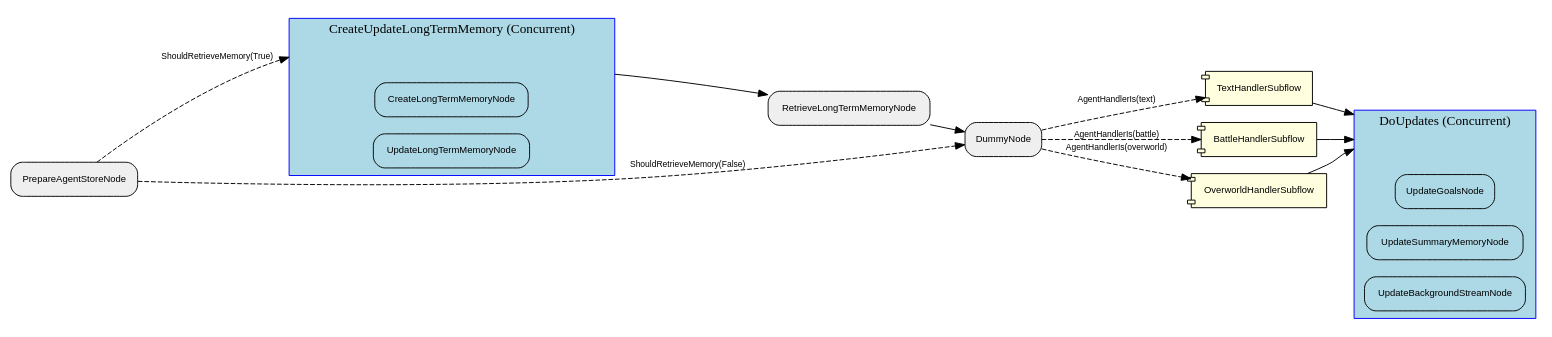
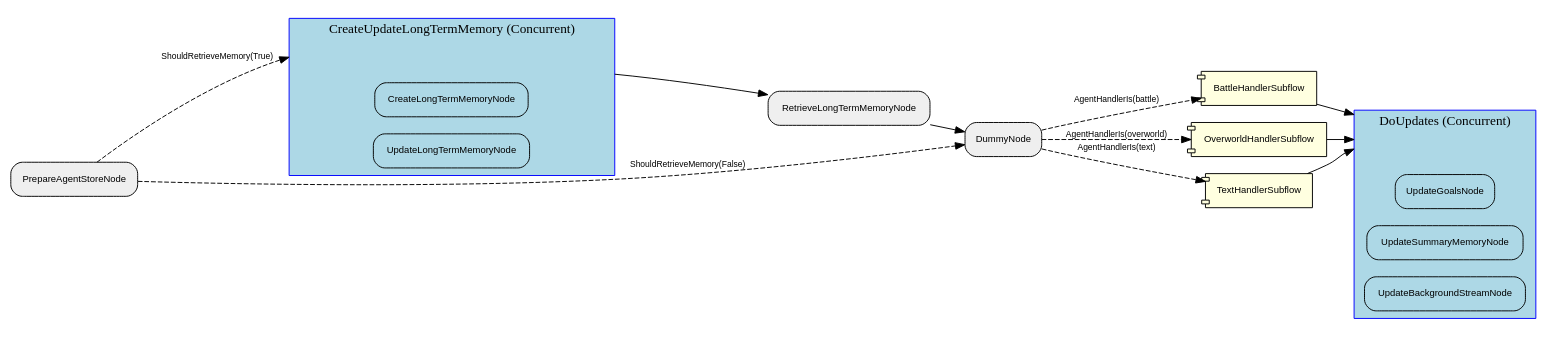
The diagram in visualization/agent_graph/Graph.dot (clambro/ai-plays-pokemon), drawn with Graphviz before and after one commit. The commit also changed 19 other files, not shown here.

Commit message:
Update graph

```diff
--- a/visualization/agent_graph/Graph.dot
+++ b/visualization/agent_graph/Graph.dot
@@ -1,46 +1,46 @@
 digraph "G" {
   rankdir=LR;
   compound=true;
   node [shape=box, style="rounded,filled", fillcolor="#EFEFEF", fontname="Helvetica", fontsize=10];
   edge [fontname="Helvetica", fontsize=9];
-  subgraph "cluster_ROh4b9rPiLZR8FRXu5Ws0" {
+  subgraph "cluster_KJrK4onyPbi4SnZy2JfD8" {
     label="DoUpdates (Concurrent)";
     style="filled"; fillcolor="lightblue"; color="blue";
     node [fillcolor="lightblue", style="filled,rounded"];
-    "ROh4b9rPiLZR8FRXu5Ws0__entry" [label="", shape=point, width=0.01, style=invis];
-    "ROh4b9rPiLZR8FRXu5Ws0__exit"  [label="", shape=point, width=0.01, style=invis];
-    R2gjnZK2jJIonHdh735mK [label="UpdateGoalsNode"];
-    LIymbs8aFT8sixNbxOi6x [label="UpdateSummaryMemoryNode"];
-    ef8JZMll6fiZbA6isvKZR [label="UpdateBackgroundStreamNode"];
+    "KJrK4onyPbi4SnZy2JfD8__entry" [label="", shape=point, width=0.01, style=invis];
+    "KJrK4onyPbi4SnZy2JfD8__exit"  [label="", shape=point, width=0.01, style=invis];
+    V2DcO0D45S9Hm4mLIsbej [label="UpdateGoalsNode"];
+    TtEZHFsxiSB5uAwiruHLR [label="UpdateSummaryMemoryNode"];
+    UHz4k6ykpJKYQUsXaj359 [label="UpdateBackgroundStreamNode"];
   }
-  subgraph "cluster_vkIfMjcxQSDinRBwNXA87" {
+  subgraph "cluster_nJYT4ImdVZ8cYNwdsShXa" {
     label="CreateUpdateLongTermMemory (Concurrent)";
     style="filled"; fillcolor="lightblue"; color="blue";
     node [fillcolor="lightblue", style="filled,rounded"];
-    "vkIfMjcxQSDinRBwNXA87__entry" [label="", shape=point, width=0.01, style=invis];
-    "vkIfMjcxQSDinRBwNXA87__exit"  [label="", shape=point, width=0.01, style=invis];
-    "8JvvkMiXwtxAixeD9rvfa" [label="CreateLongTermMemoryNode"];
-    etaww1i1ND2a3ibXAuwZn [label="UpdateLongTermMemoryNode"];
+    "nJYT4ImdVZ8cYNwdsShXa__entry" [label="", shape=point, width=0.01, style=invis];
+    "nJYT4ImdVZ8cYNwdsShXa__exit"  [label="", shape=point, width=0.01, style=invis];
+    LbEjOSYP5w8u4qs5iXCvG [label="CreateLongTermMemoryNode"];
+    tnVED0lVvZcmlXKIxIaaD [label="UpdateLongTermMemoryNode"];
   }
-  "85mMIVAgKyqICc2UKvbeU" [label="PrepareAgentStoreNode"];
-  LIymbs8aFT8sixNbxOi6x [label="UpdateSummaryMemoryNode"];
-  ycaKppBU8FhEJ6475tIlu [label="TextHandlerSubflow", shape=component, style="filled,rounded", fillcolor="lightyellow"];
-  bIdvvnXZvz8Is1MfSYbAy [label="BattleHandlerSubflow", shape=component, style="filled,rounded", fillcolor="lightyellow"];
-  R2gjnZK2jJIonHdh735mK [label="UpdateGoalsNode"];
-  "8JvvkMiXwtxAixeD9rvfa" [label="CreateLongTermMemoryNode"];
-  g5zJknwT6kuxiYzIDjmsU [label="RetrieveLongTermMemoryNode"];
-  etaww1i1ND2a3ibXAuwZn [label="UpdateLongTermMemoryNode"];
-  U07Mu0bBpQoGO8nXY5Nzr [label="OverworldHandlerSubflow", shape=component, style="filled,rounded", fillcolor="lightyellow"];
-  Hn3C6lkV9pvptlZGymCwm [label="DummyNode"];
-  ef8JZMll6fiZbA6isvKZR [label="UpdateBackgroundStreamNode"];
-  "85mMIVAgKyqICc2UKvbeU" -> vkIfMjcxQSDinRBwNXA87__entry [lhead="cluster_vkIfMjcxQSDinRBwNXA87", style="dashed", label="ShouldRetrieveMemory(True)"];
-  vkIfMjcxQSDinRBwNXA87__exit -> g5zJknwT6kuxiYzIDjmsU [ltail="cluster_vkIfMjcxQSDinRBwNXA87", style="solid"];
-  "85mMIVAgKyqICc2UKvbeU" -> Hn3C6lkV9pvptlZGymCwm [style="dashed", label="ShouldRetrieveMemory(False)"];
-  g5zJknwT6kuxiYzIDjmsU -> Hn3C6lkV9pvptlZGymCwm [style="solid"];
-  Hn3C6lkV9pvptlZGymCwm -> U07Mu0bBpQoGO8nXY5Nzr [style="dashed", label="AgentHandlerIs(overworld)"];
-  Hn3C6lkV9pvptlZGymCwm -> bIdvvnXZvz8Is1MfSYbAy [style="dashed", label="AgentHandlerIs(battle)"];
-  Hn3C6lkV9pvptlZGymCwm -> ycaKppBU8FhEJ6475tIlu [style="dashed", label="AgentHandlerIs(text)"];
-  ycaKppBU8FhEJ6475tIlu -> ROh4b9rPiLZR8FRXu5Ws0__entry [lhead="cluster_ROh4b9rPiLZR8FRXu5Ws0", style="solid"];
-  bIdvvnXZvz8Is1MfSYbAy -> ROh4b9rPiLZR8FRXu5Ws0__entry [lhead="cluster_ROh4b9rPiLZR8FRXu5Ws0", style="solid"];
-  U07Mu0bBpQoGO8nXY5Nzr -> ROh4b9rPiLZR8FRXu5Ws0__entry [lhead="cluster_ROh4b9rPiLZR8FRXu5Ws0", style="solid"];
+  UHz4k6ykpJKYQUsXaj359 [label="UpdateBackgroundStreamNode"];
+  LbEjOSYP5w8u4qs5iXCvG [label="CreateLongTermMemoryNode"];
+  tnVED0lVvZcmlXKIxIaaD [label="UpdateLongTermMemoryNode"];
+  sLvE5hklHdvZKJbGzCMt1 [label="PrepareAgentStoreNode"];
+  r8fEJUOFChbjT1oJaQhpP [label="BattleHandlerSubflow", shape=component, style="filled,rounded", fillcolor="lightyellow"];
+  "0sCD6rNSY73o64RQPb5Su" [label="RetrieveLongTermMemoryNode"];
+  dWxdr0pT7NGwAloWrEExw [label="DummyNode"];
+  V2DcO0D45S9Hm4mLIsbej [label="UpdateGoalsNode"];
+  TtEZHFsxiSB5uAwiruHLR [label="UpdateSummaryMemoryNode"];
+  kKVYSAk8Ljg9hnzj1Q3ce [label="OverworldHandlerSubflow", shape=component, style="filled,rounded", fillcolor="lightyellow"];
+  jpk7acUuZ3k5trwDycvoP [label="TextHandlerSubflow", shape=component, style="filled,rounded", fillcolor="lightyellow"];
+  sLvE5hklHdvZKJbGzCMt1 -> nJYT4ImdVZ8cYNwdsShXa__entry [lhead="cluster_nJYT4ImdVZ8cYNwdsShXa", style="dashed", label="ShouldRetrieveMemory(True)"];
+  nJYT4ImdVZ8cYNwdsShXa__exit -> "0sCD6rNSY73o64RQPb5Su" [ltail="cluster_nJYT4ImdVZ8cYNwdsShXa", style="solid"];
+  sLvE5hklHdvZKJbGzCMt1 -> dWxdr0pT7NGwAloWrEExw [style="dashed", label="ShouldRetrieveMemory(False)"];
+  "0sCD6rNSY73o64RQPb5Su" -> dWxdr0pT7NGwAloWrEExw [style="solid"];
+  dWxdr0pT7NGwAloWrEExw -> kKVYSAk8Ljg9hnzj1Q3ce [style="dashed", label="AgentHandlerIs(overworld)"];
+  dWxdr0pT7NGwAloWrEExw -> r8fEJUOFChbjT1oJaQhpP [style="dashed", label="AgentHandlerIs(battle)"];
+  dWxdr0pT7NGwAloWrEExw -> jpk7acUuZ3k5trwDycvoP [style="dashed", label="AgentHandlerIs(text)"];
+  jpk7acUuZ3k5trwDycvoP -> KJrK4onyPbi4SnZy2JfD8__entry [lhead="cluster_KJrK4onyPbi4SnZy2JfD8", style="solid"];
+  r8fEJUOFChbjT1oJaQhpP -> KJrK4onyPbi4SnZy2JfD8__entry [lhead="cluster_KJrK4onyPbi4SnZy2JfD8", style="solid"];
+  kKVYSAk8Ljg9hnzj1Q3ce -> KJrK4onyPbi4SnZy2JfD8__entry [lhead="cluster_KJrK4onyPbi4SnZy2JfD8", style="solid"];
 }
```
